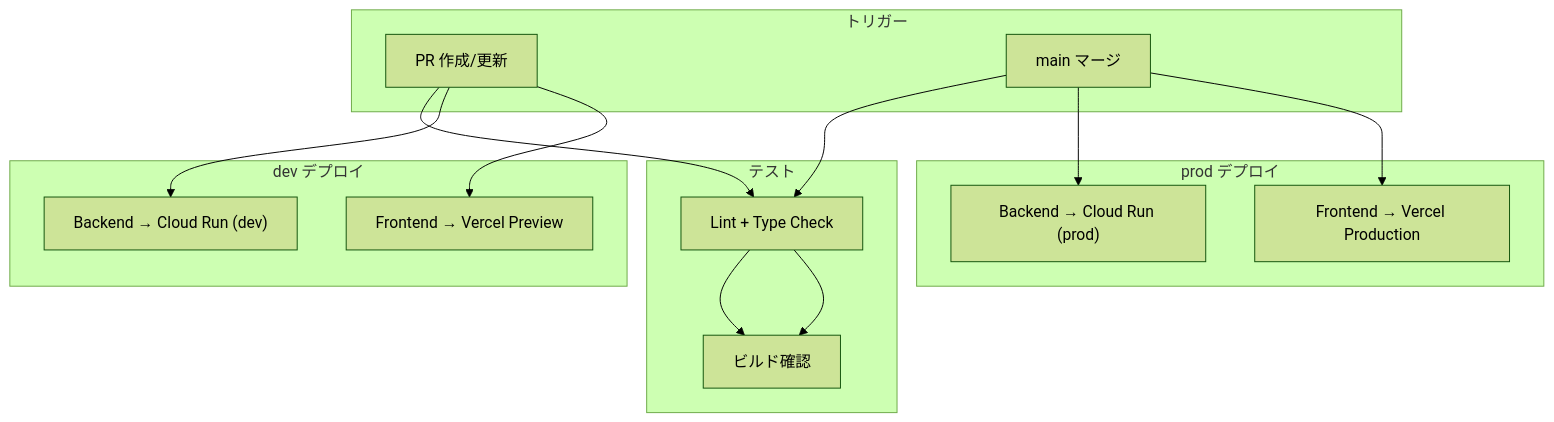
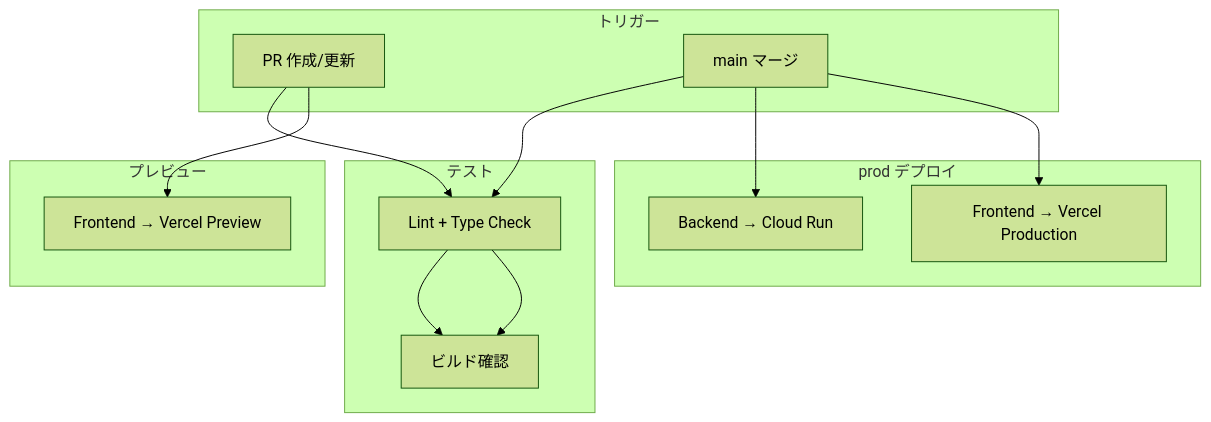
One commit to matsuda-tkm/debug-master changed the first of 3 diagrams in docs-new/cicd.md. Above: the diagram before and after it, drawn with Mermaid (forest theme). The commit also changed other lines of this file and 5 other files, not shown here.

````diff
--- a/docs-new/cicd.md
+++ b/docs-new/cicd.md
@@ -9,30 +9,28 @@
 ```mermaid
 flowchart TB
     subgraph trigger [トリガー]
         PR["PR 作成/更新"]
         Merge["main マージ"]
     end
 
     subgraph test [テスト]
         Lint["Lint + Type Check"]
         Build["ビルド確認"]
     end
 
-    subgraph deployDev [dev デプロイ]
-        DevBE["Backend → Cloud Run (dev)"]
-        DevFE["Frontend → Vercel Preview"]
-    end
-
     subgraph deployProd [prod デプロイ]
-        ProdBE["Backend → Cloud Run (prod)"]
+        ProdBE["Backend → Cloud Run"]
         ProdFE["Frontend → Vercel Production"]
     end
 
+    subgraph preview [プレビュー]
+        PreviewFE["Frontend → Vercel Preview"]
+    end
+
     PR --> Lint --> Build
-    PR --> DevBE
-    PR --> DevFE
+    PR --> PreviewFE
 
     Merge --> Lint --> Build
     Merge --> ProdBE
     Merge --> ProdFE
 ```
````
